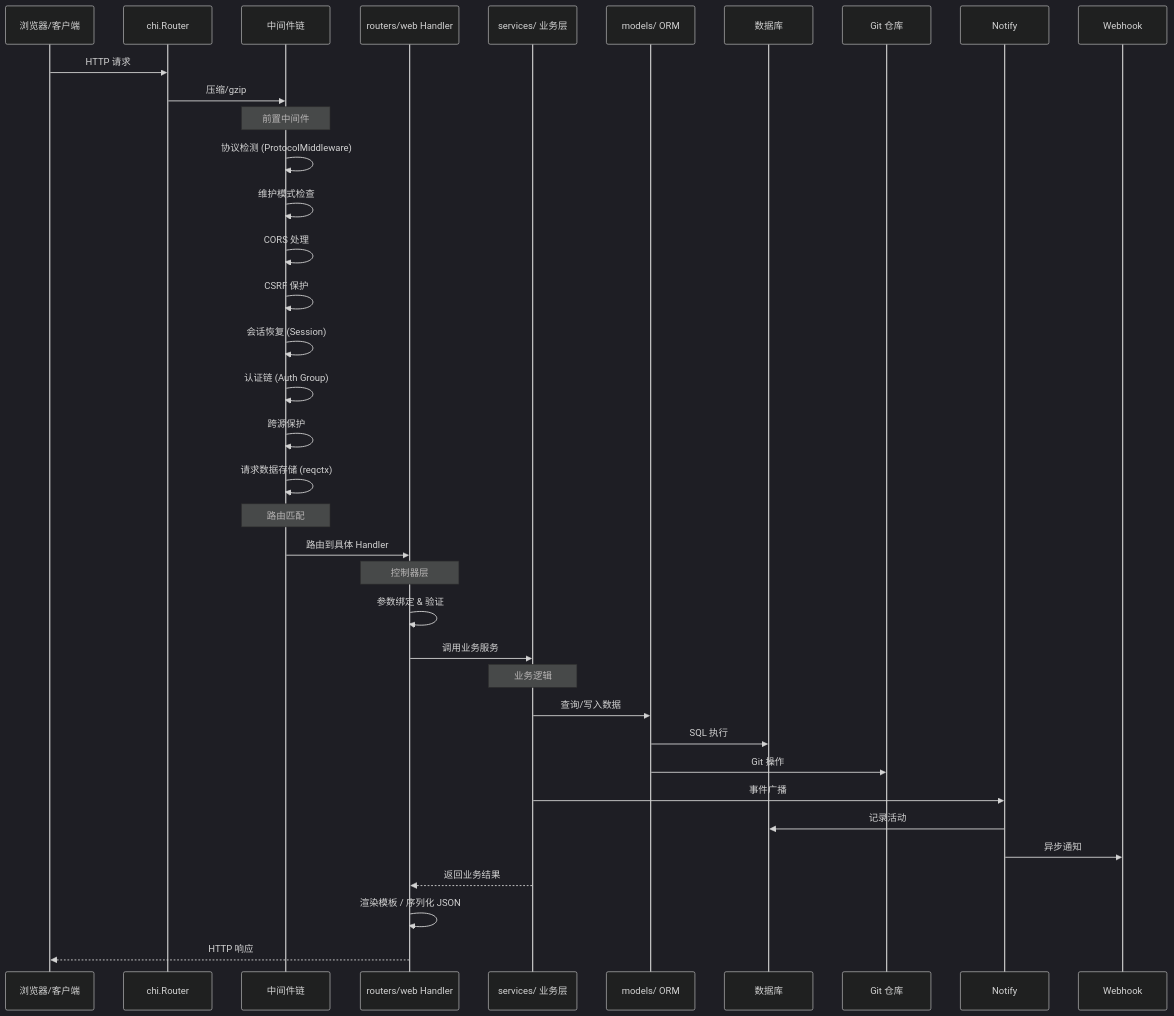
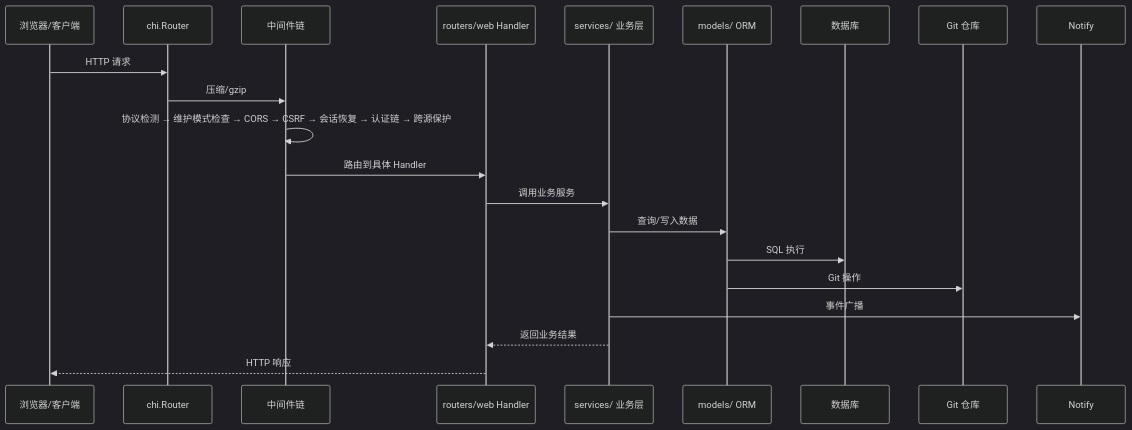
One commit to wangbinyq/opensource-arch changed the second of 2 diagrams in analyses/gitea/README.md. Above: the diagram before and after it, drawn with Mermaid (dark theme). The commit also changed other lines of this file and 8 other files, not shown here.

````diff
--- a/analyses/gitea/README.md
+++ b/analyses/gitea/README.md
@@ -456,43 +154,23 @@
 ```mermaid
 sequenceDiagram
     participant Client as 浏览器/客户端
     participant Chi as chi.Router
     participant MW as 中间件链
     participant Router as routers/web Handler
     participant Service as services/ 业务层
     participant Model as models/ ORM
     participant DB as 数据库
     participant Git as Git 仓库
 
     Client->>Chi: HTTP 请求
     Chi->>MW: 压缩/gzip
-
-    Note over MW: 前置中间件
-    MW->>MW: 协议检测 (ProtocolMiddleware)
-    MW->>MW: 维护模式检查
-    MW->>MW: CORS 处理
-    MW->>MW: CSRF 保护
-    MW->>MW: 会话恢复 (Session)
-    MW->>MW: 认证链 (Auth Group)
-    MW->>MW: 跨源保护
-    MW->>MW: 请求数据存储 (reqctx)
-
-    Note over MW: 路由匹配
+    MW->>MW: 协议检测 → 维护模式检查 → CORS → CSRF → 会话恢复 → 认证链 → 跨源保护
     MW->>Router: 路由到具体 Handler
-
-    Note over Router: 控制器层
-    Router->>Router: 参数绑定 & 验证
     Router->>Service: 调用业务服务
-
-    Note over Service: 业务逻辑
     Service->>Model: 查询/写入数据
     Model->>DB: SQL 执行
     Model->>Git: Git 操作
     Service->>Notify: 事件广播
-    Notify->>DB: 记录活动
-    Notify->>Webhook: 异步通知
-
     Service-->>Router: 返回业务结果
-    Router->>Router: 渲染模板 / 序列化 JSON
     Router-->>Client: HTTP 响应
 ```
````
